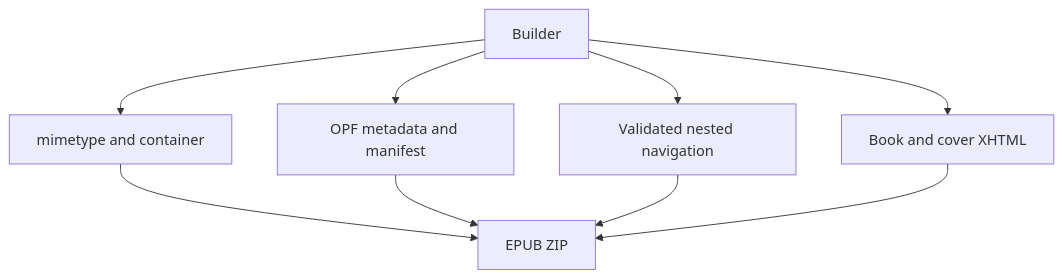
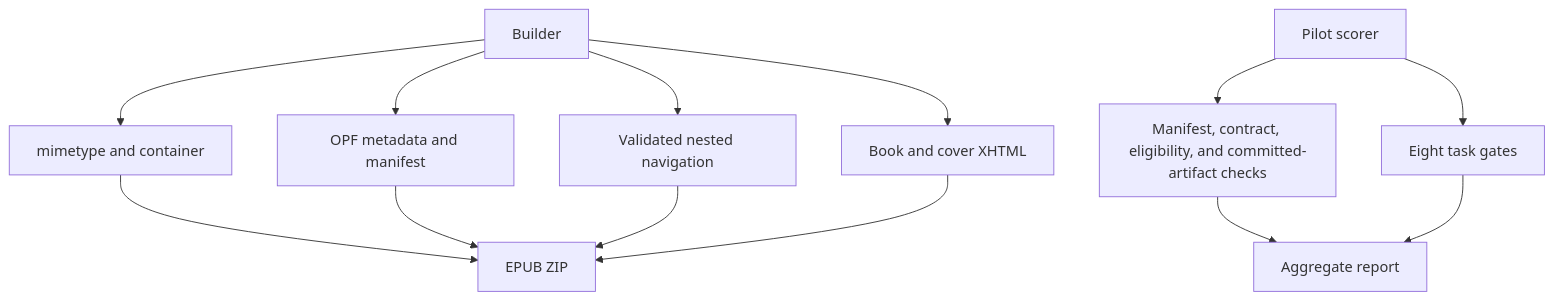
The second of 5 diagrams in scripts/AGENTS.md (streamentry/streamentry), drawn with Mermaid before and after one commit. The commit also changed other lines of this file and 45 other files, not shown here.

````diff
--- a/scripts/AGENTS.md
+++ b/scripts/AGENTS.md
@@ -32,11 +41,15 @@
 ```mermaid
 flowchart TB
   B["Builder"] --> M["mimetype and container"]
   B --> O["OPF metadata and manifest"]
   B --> N["Validated nested navigation"]
   B --> X["Book and cover XHTML"]
   M --> Z["EPUB ZIP"]
   O --> Z
   N --> Z
   X --> Z
+  S["Pilot scorer"] --> R["Manifest, contract, eligibility, and committed-artifact checks"]
+  S --> G["Eight task gates"]
+  R --> A["Aggregate report"]
+  G --> A
 ```
````
